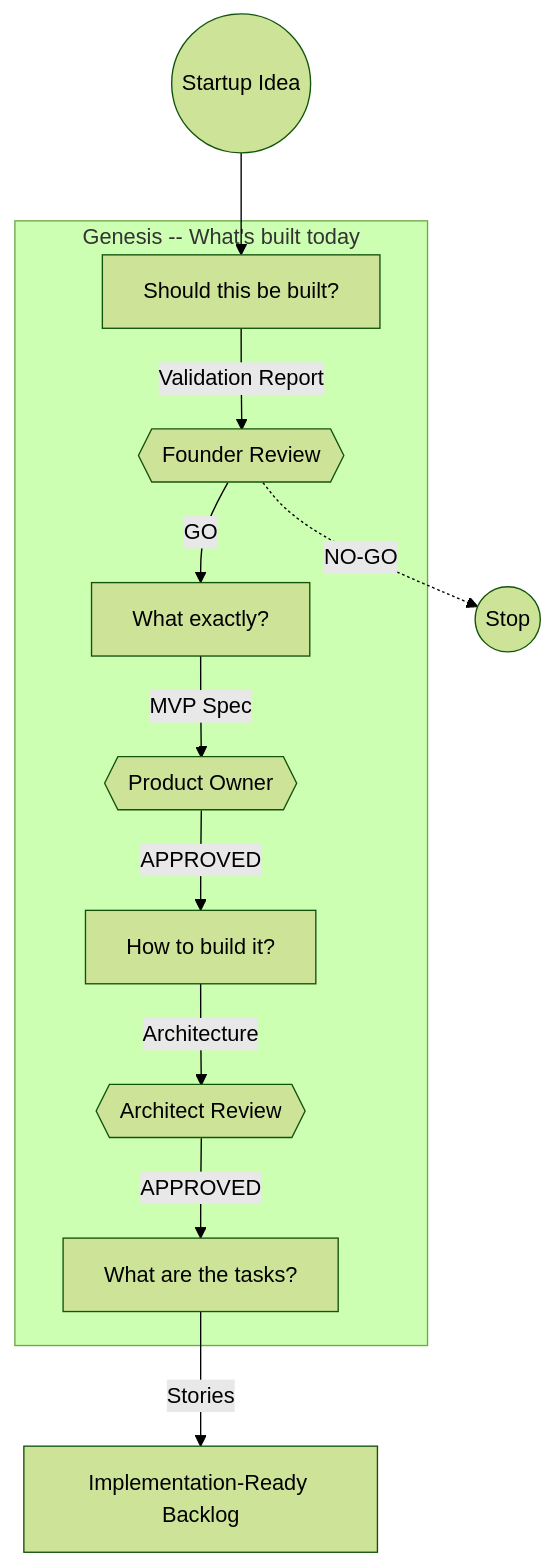
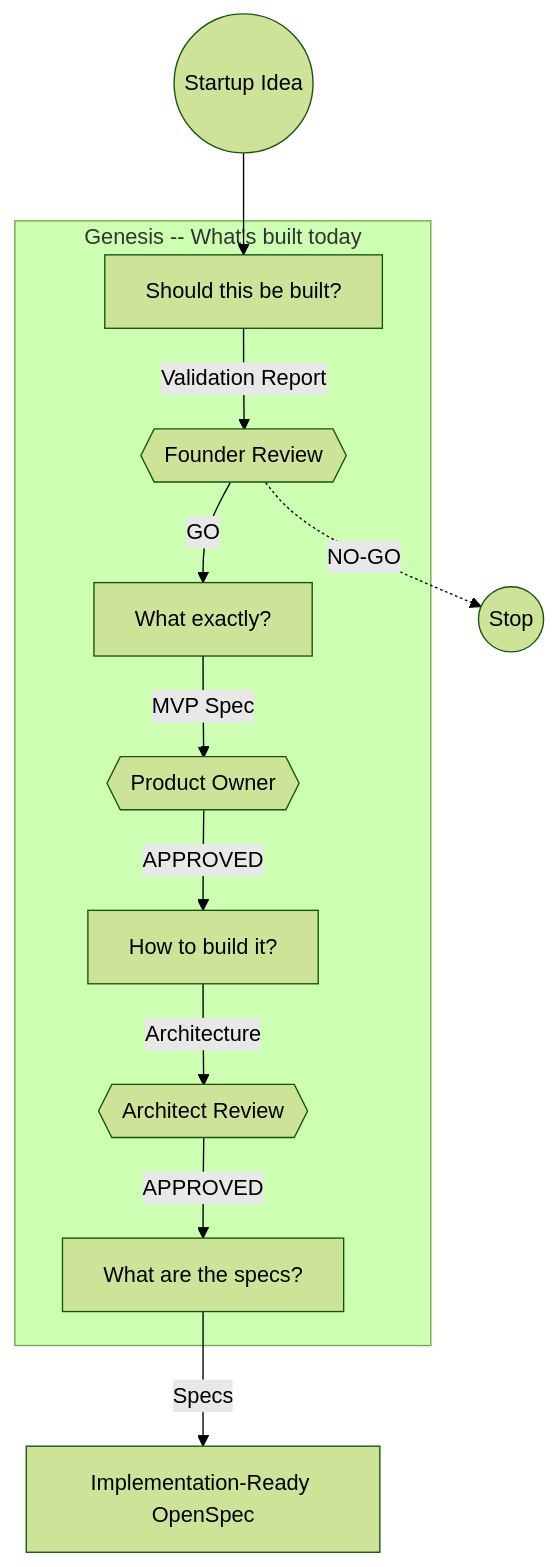
Before and after one commit to arslan70/haytham: the diagram in docs/index.md, drawn with Mermaid (forest theme). The commit also changed other lines of this file and 36 other files, not shown here.

First line of the commit message:
feat: replace Phase 4 Stories with OpenSpec generation

````diff
--- a/docs/index.md
+++ b/docs/index.md
@@ -54,18 +54,18 @@
 ```mermaid
 flowchart TD
     idea(("Startup Idea"))
 
     idea --> P1
 
     subgraph genesis["Genesis -- What's built today"]
         P1["Should this be built?"] -->|Validation Report| G1{{"Founder Review"}}
         G1 -->|GO| P2["What exactly?"]
         P2 -->|MVP Spec| G2{{"Product Owner"}}
         G2 -->|APPROVED| P3["How to build it?"]
         P3 -->|Architecture| G3{{"Architect Review"}}
-        G3 -->|APPROVED| P4["What are the tasks?"]
+        G3 -->|APPROVED| P4["What are the specs?"]
     end
 
     G1 -.->|NO-GO| stop(("Stop"))
-    P4 -->|Stories| backlog["Implementation-Ready Backlog"]
+    P4 -->|Specs| openspec["Implementation-Ready OpenSpec"]
 ```
````
